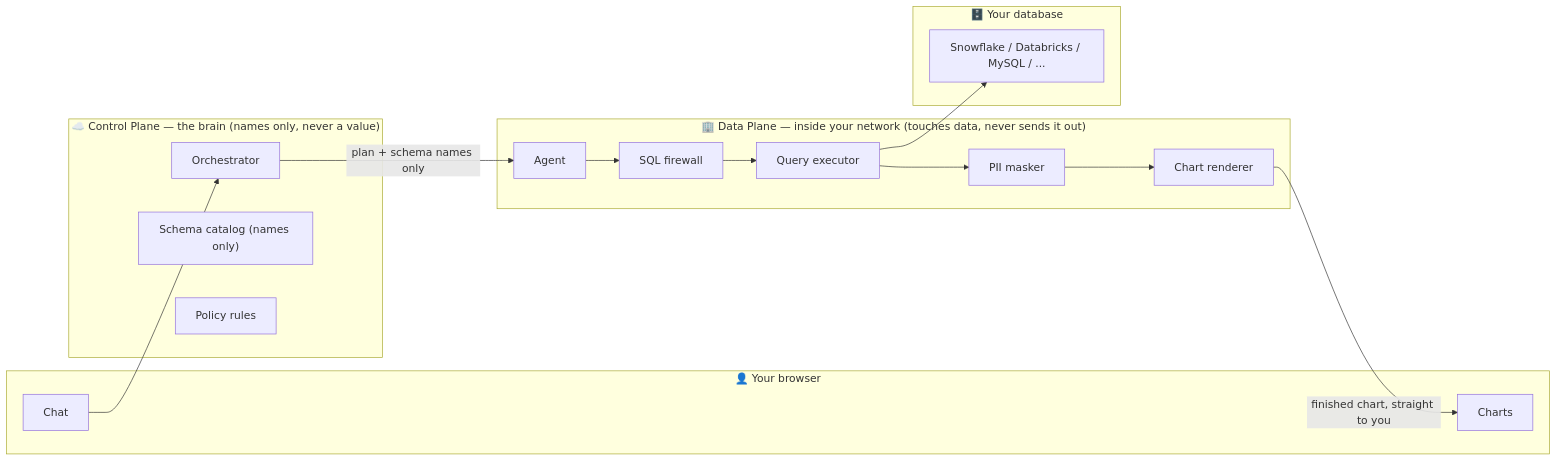
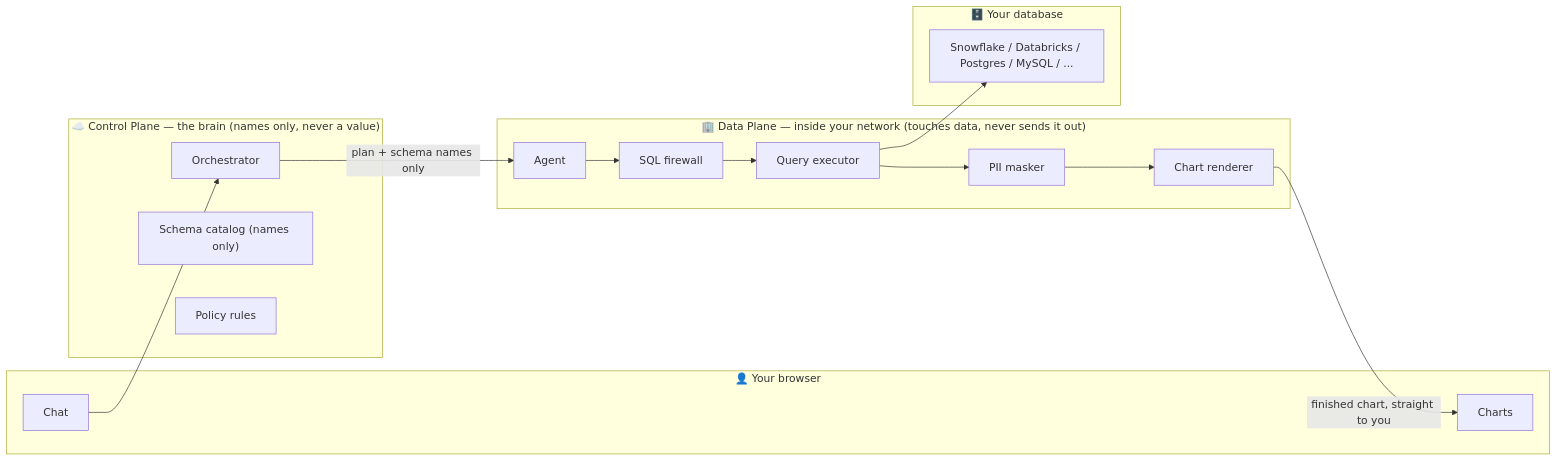
One commit to GokulArumugam/atlas changed the first of 3 diagrams in README.md. Above: the diagram before and after it, drawn with Mermaid. The commit also changed other lines of this file, not shown here.

````diff
--- a/README.md
+++ b/README.md
@@ -47,31 +47,31 @@
 ```mermaid
 flowchart LR
     subgraph USER["👤 Your browser"]
         SHELL["Chat"]
         PANE["Charts"]
     end
 
     subgraph BRAIN["☁️ Control Plane — the brain (names only, never a value)"]
         ORCH["Orchestrator"]
         CAT["Schema catalog (names only)"]
         POL["Policy rules"]
     end
 
     subgraph HANDS["🏢 Data Plane — inside your network (touches data, never sends it out)"]
         AGENT["Agent"]
         FW["SQL firewall"]
         PII["PII masker"]
         EXEC["Query executor"]
         RENDER["Chart renderer"]
     end
 
     subgraph DB["🗄️ Your database"]
-        SNOW["Snowflake / Databricks / MySQL / ..."]
+        SNOW["Snowflake / Databricks / Postgres / MySQL / ..."]
     end
 
     SHELL --> ORCH
     ORCH -->|"plan + schema names only"| AGENT
     AGENT --> FW --> EXEC --> SNOW
     EXEC --> PII --> RENDER
     RENDER -->|"finished chart, straight to you"| PANE
 ```
````
